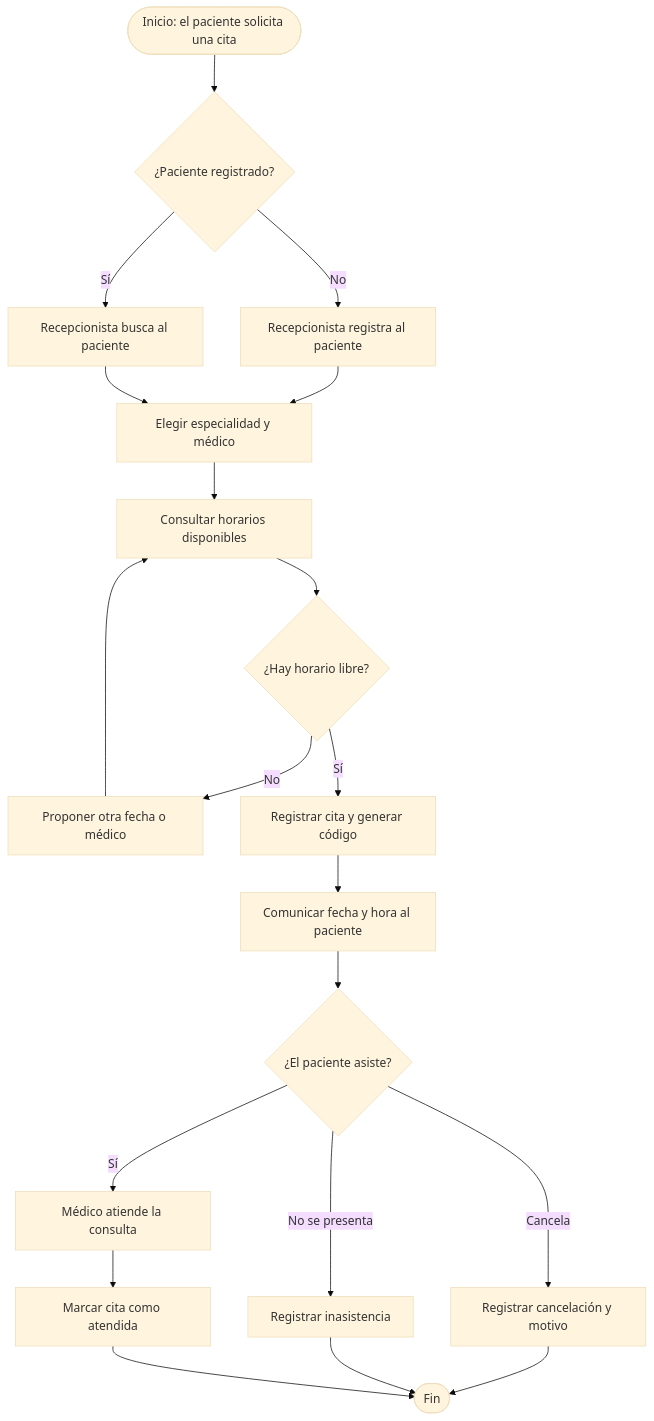
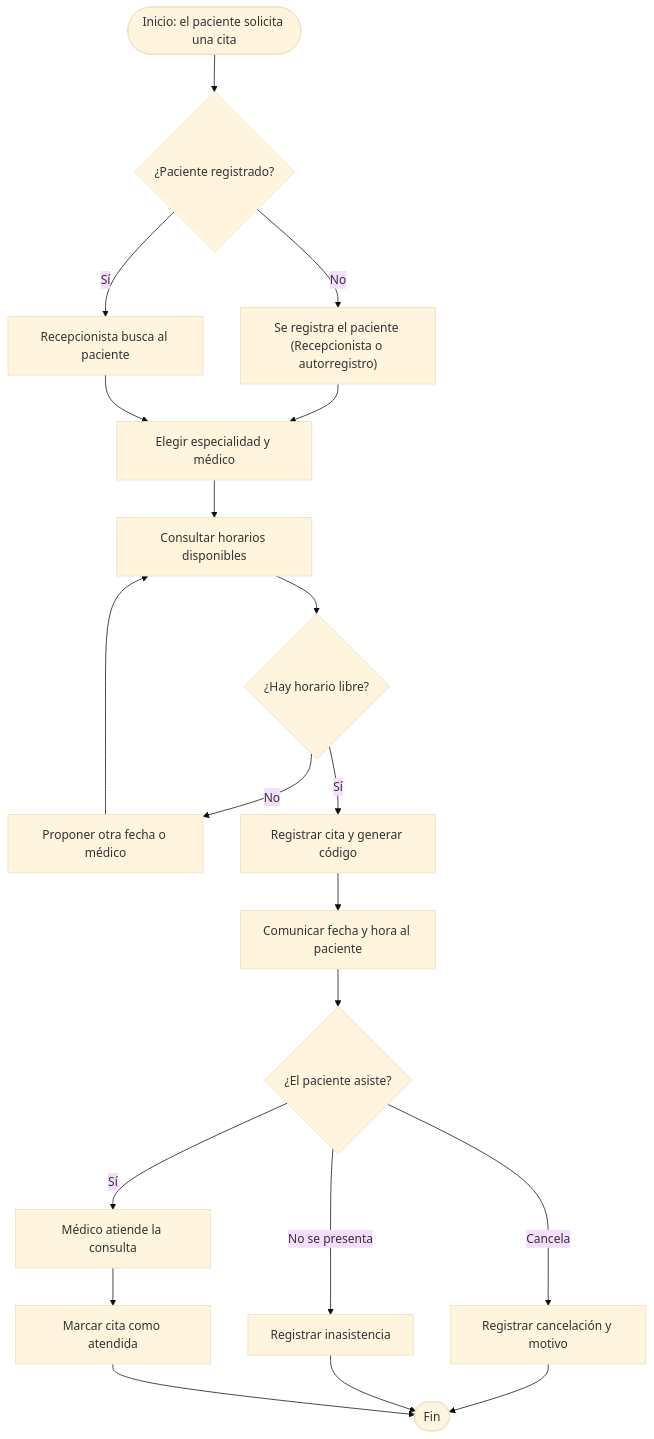
One commit to Einarpd26/2do-examen-ing-requisitos changed the second of 14 diagrams in documento/Informe-Final.md. Above: the diagram before and after it, drawn with Mermaid (base theme). The commit also changed other lines of this file, not shown here.

````diff
--- a/documento/Informe-Final.md
+++ b/documento/Informe-Final.md
@@ -178,22 +178,22 @@
 ```mermaid
 flowchart TD
     A([Inicio: el paciente solicita una cita]) --> B{¿Paciente registrado?}
-    B -- No --> C[Recepcionista registra al paciente]
+    B -- No --> C["Se registra el paciente (Recepcionista o autorregistro)"]
     B -- Sí --> D[Recepcionista busca al paciente]
     C --> E[Elegir especialidad y médico]
     D --> E
     E --> F[Consultar horarios disponibles]
     F --> G{¿Hay horario libre?}
     G -- No --> H[Proponer otra fecha o médico]
     H --> F
     G -- Sí --> I[Registrar cita y generar código]
     I --> J[Comunicar fecha y hora al paciente]
     J --> K{¿El paciente asiste?}
     K -- Cancela --> L[Registrar cancelación y motivo]
     K -- Sí --> M[Médico atiende la consulta]
     K -- No se presenta --> N[Registrar inasistencia]
     M --> O[Marcar cita como atendida]
     L --> Z([Fin])
     N --> Z
     O --> Z
 ```
````
